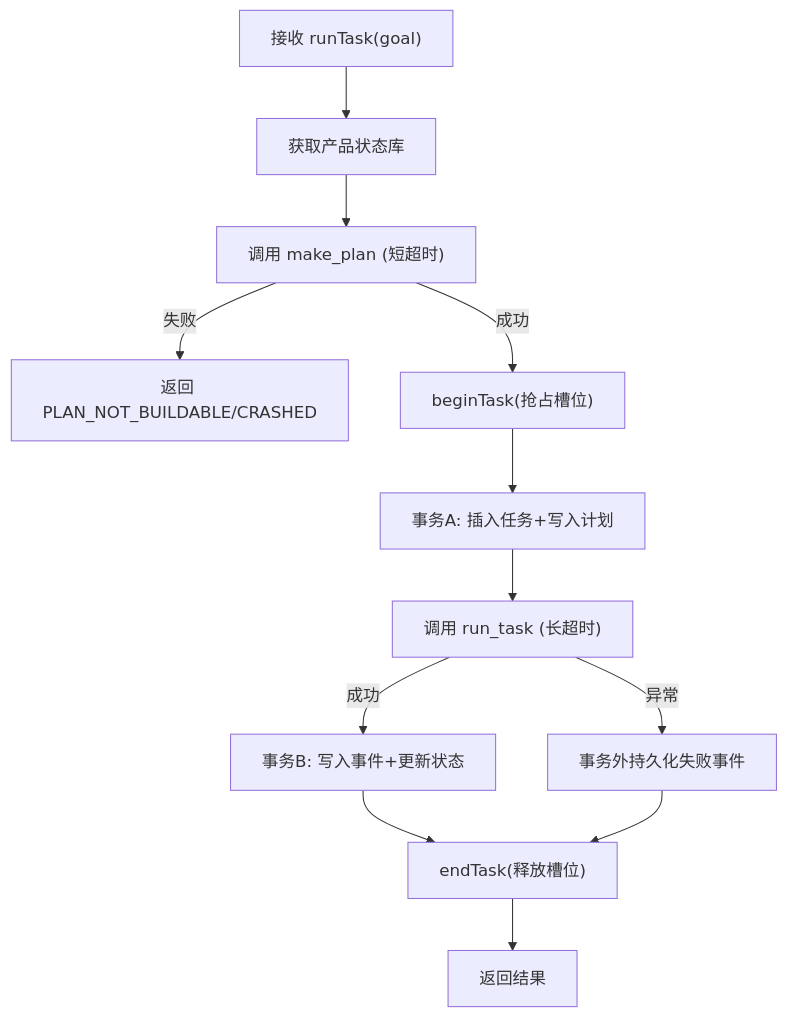
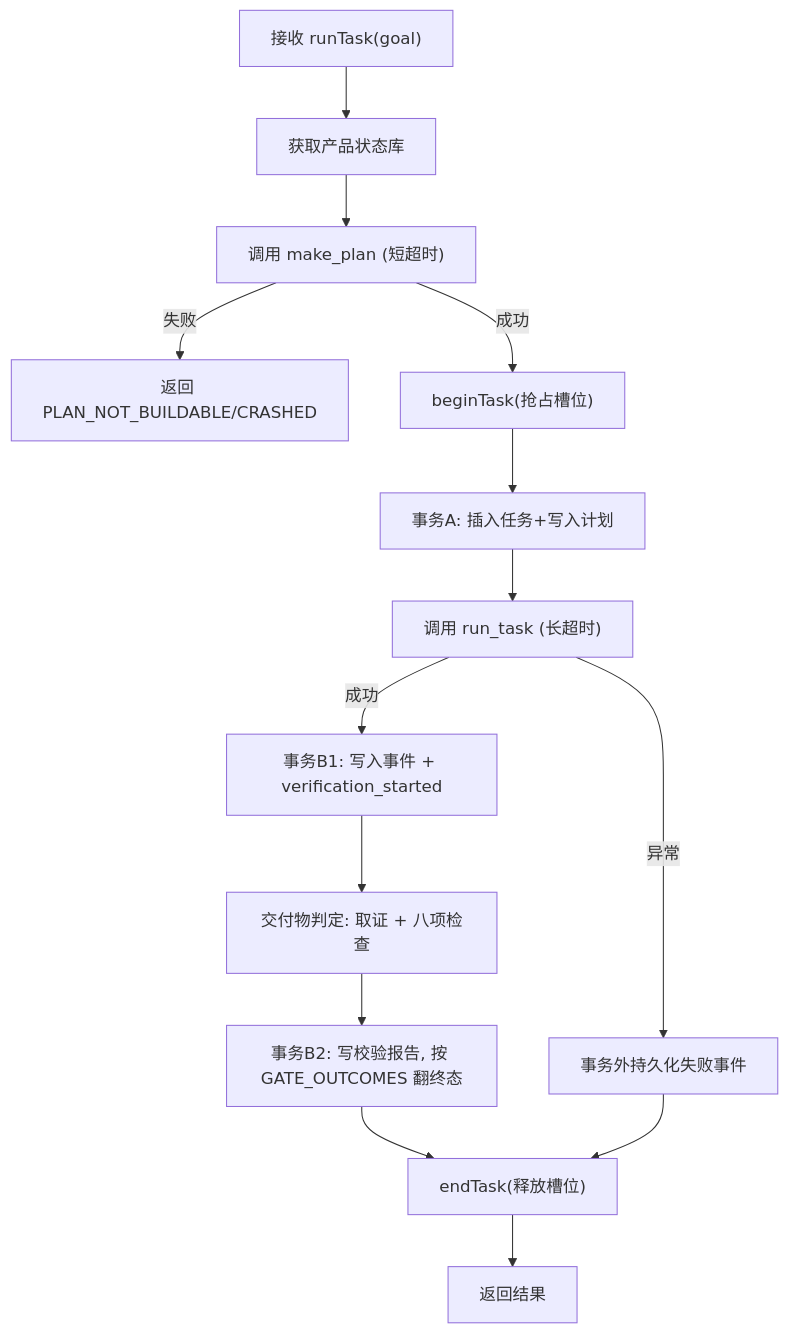
One commit to Azusa010/personal-agent changed the sixth of 8 diagrams in .repowiki/zh/content/架构设计/Electron 应用架构/主进程架构.md. Above: the diagram before and after it, drawn with Mermaid. The commit also changed other lines of this file and 23 other files, not shown here.

````diff
--- a/.repowiki/zh/content/架构设计/Electron 应用架构/主进程架构.md
+++ b/.repowiki/zh/content/架构设计/Electron 应用架构/主进程架构.md
@@ -252,14 +252,16 @@
 ```mermaid
 flowchart TD
 A["接收 runTask(goal)"] --> B["获取产品状态库"]
 B --> C["调用 make_plan (短超时)"]
 C --> |失败| F["返回 PLAN_NOT_BUILDABLE/CRASHED"]
 C --> |成功| D["beginTask(抢占槽位)"]
 D --> E["事务A: 插入任务+写入计划"]
 E --> F2["调用 run_task (长超时)"]
 F2 --> |异常| G["事务外持久化失败事件"]
-F2 --> |成功| H["事务B: 写入事件+更新状态"]
-H --> I["endTask(释放槽位)"]
+F2 --> |成功| H["事务B1: 写入事件 + verification_started"]
+H --> H2["交付物判定: 取证 + 八项检查"]
+H2 --> H3["事务B2: 写校验报告, 按 GATE_OUTCOMES 翻终态"]
+H3 --> I["endTask(释放槽位)"]
 G --> I
 I --> J["返回结果"]
 ```
````
